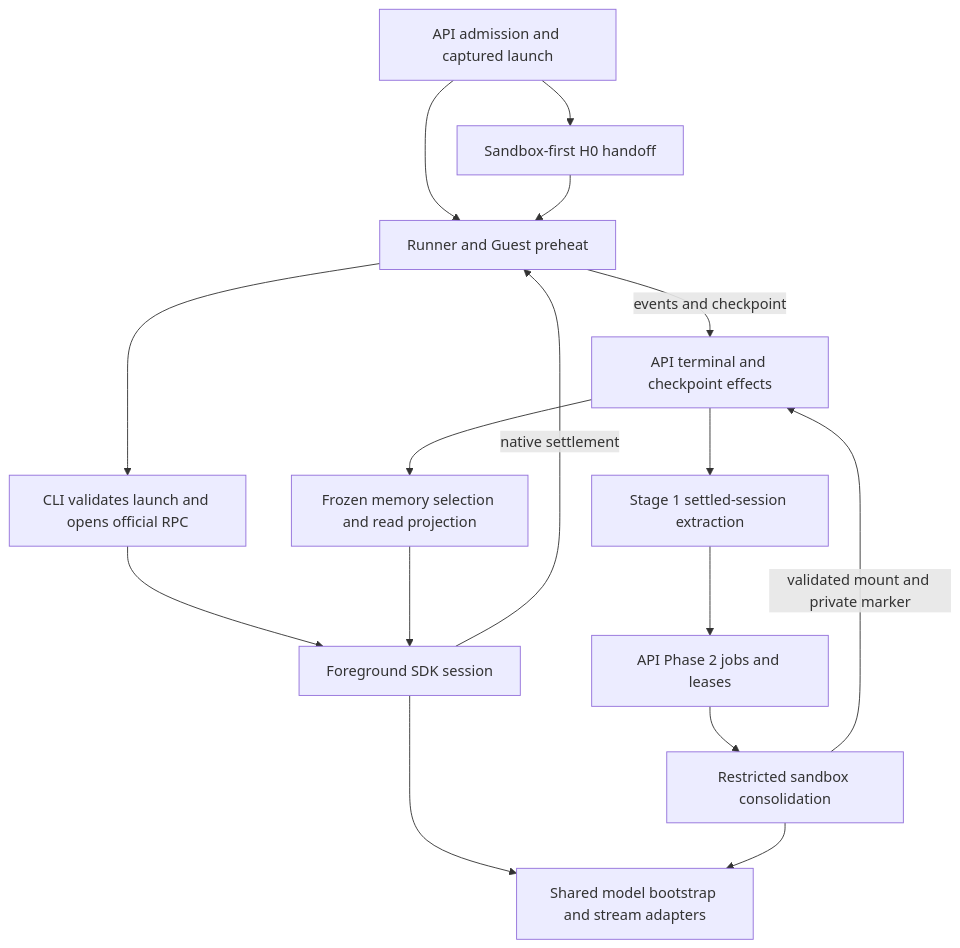
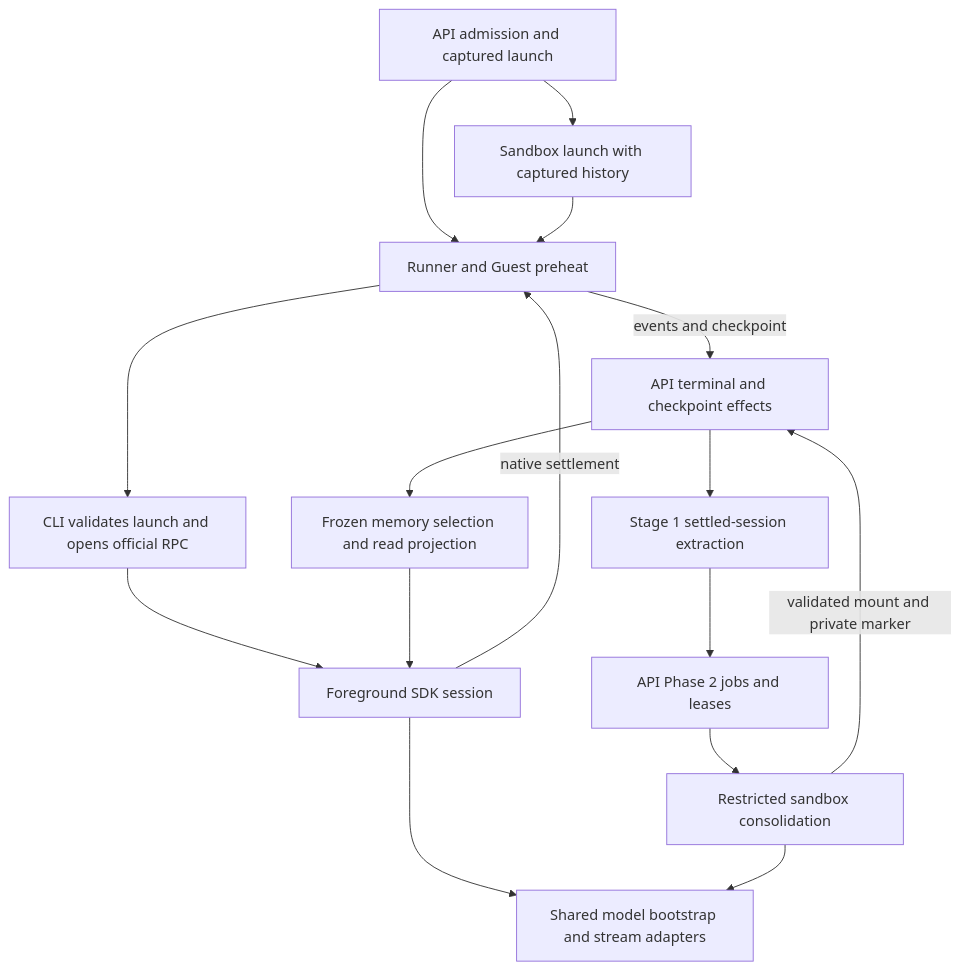
One commit to okou-ai/okou changed the diagram in docs/pi-runtime-architecture.md. Above: the diagram before and after it, drawn with Mermaid. The commit also changed other lines of this file and 1 other file, not shown here.

Commit message:
docs: describe active budget steering and sandbox-only sessions

````diff
--- a/docs/pi-runtime-architecture.md
+++ b/docs/pi-runtime-architecture.md
@@ -35,18 +35,18 @@
 ```mermaid
 flowchart TD
-    Launch[API admission and captured launch] --> First[Sandbox-first H0 handoff]
+    Launch[API admission and captured launch] --> First[Sandbox launch with captured history]
     Launch --> Platform[Runner and Guest preheat]
     First --> Platform
     Platform --> CLI[CLI validates launch and opens official RPC]
     CLI --> Session[Foreground SDK session]
     Session --> Model[Shared model bootstrap and stream adapters]
     Session -->|native settlement| Platform
     Platform -->|events and checkpoint| Durable[API terminal and checkpoint effects]
     Durable --> Extract[Stage 1 settled-session extraction]
     Extract --> Jobs[API Phase 2 jobs and leases]
     Jobs --> Maintenance[Restricted sandbox consolidation]
     Maintenance --> Model
     Maintenance -->|validated mount and private marker| Durable
     Durable --> Recall[Frozen memory selection and read projection]
     Recall --> Session
 ```
````
